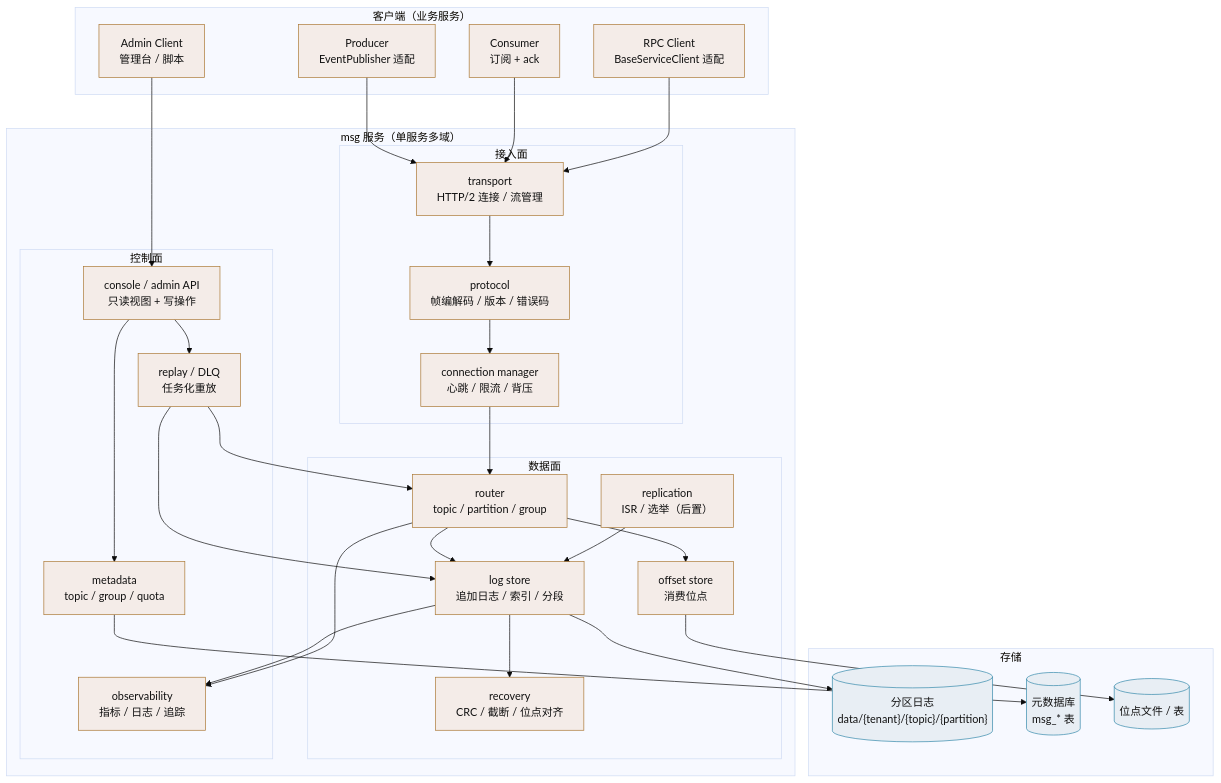
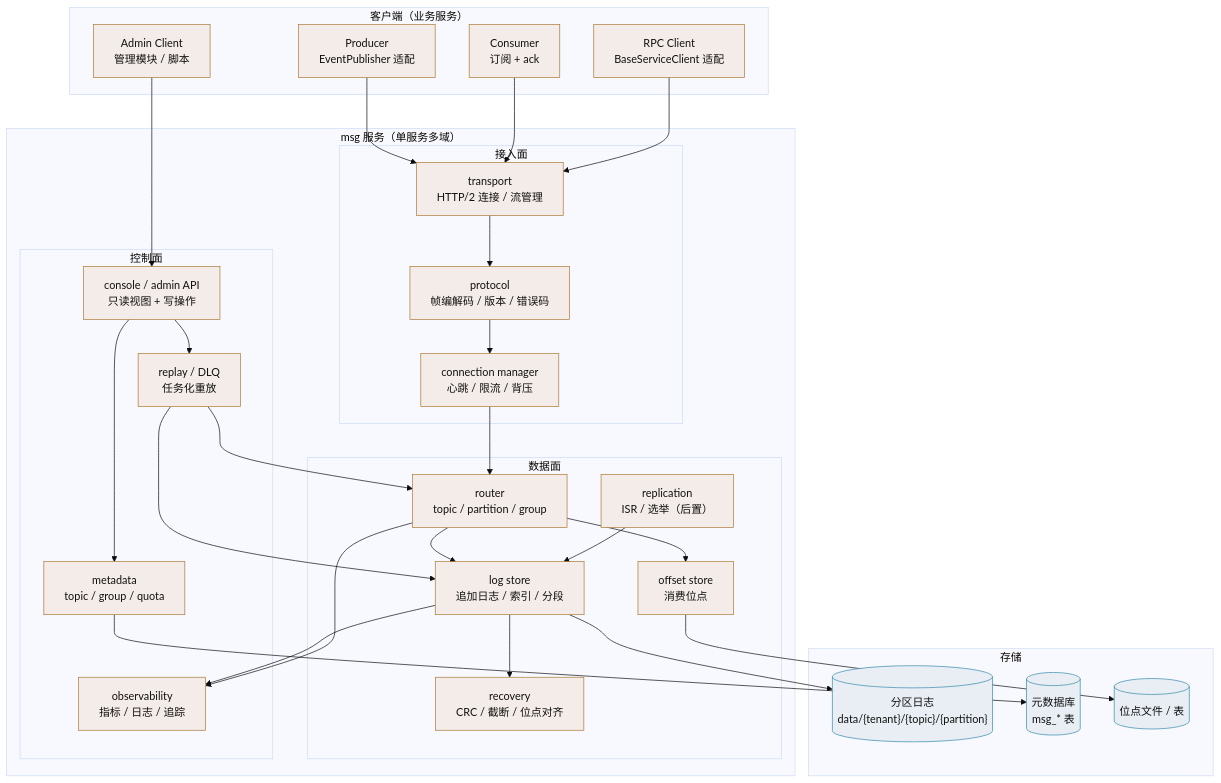
The first of 5 diagrams in msg文档/设计/架构设计/03_架构设计_总体架构.md (minjian123/message-platform), drawn with Mermaid (base theme) before and after one commit. The commit also changed other lines of this file and 54 other files, not shown here.

````diff
--- a/msg文档/设计/架构设计/03_架构设计_总体架构.md
+++ b/msg文档/设计/架构设计/03_架构设计_总体架构.md
@@ -11,56 +11,56 @@
 ```mermaid
 flowchart TB
     subgraph Client["客户端（业务服务）"]
         P["Producer<br/>EventPublisher 适配"]
         C["Consumer<br/>订阅 + ack"]
         R["RPC Client<br/>BaseServiceClient 适配"]
-        A["Admin Client<br/>管理台 / 脚本"]
+        A["Admin Client<br/>管理模块 / 脚本"]
     end
 
     subgraph Msg["msg 服务（单服务多域）"]
         subgraph AP["接入面"]
             T["transport<br/>HTTP/2 连接 / 流管理"]
             PR["protocol<br/>帧编解码 / 版本 / 错误码"]
             CM["connection manager<br/>心跳 / 限流 / 背压"]
         end
         subgraph DP["数据面"]
             RT["router<br/>topic / partition / group"]
             LG["log store<br/>追加日志 / 索引 / 分段"]
             RC["recovery<br/>CRC / 截断 / 位点对齐"]
             RP["replication<br/>ISR / 选举（后置）"]
             OF["offset store<br/>消费位点"]
         end
         subgraph CP["控制面"]
             MD["metadata<br/>topic / group / quota"]
             MG["console / admin API<br/>只读视图 + 写操作"]
             OB["observability<br/>指标 / 日志 / 追踪"]
             RPL["replay / DLQ<br/>任务化重放"]
         end
     end
 
     subgraph Storage["存储"]
         LOG[("分区日志<br/>data/{tenant}/{topic}/{partition}")]
         META[("元数据库<br/>msg_* 表")]
         OFF[("位点文件 / 表")]
     end
 
     P --> T
     C --> T
     R --> T
     A --> MG
     T --> PR --> CM --> RT
     RT --> LG --> LOG
     RT --> OF --> OFF
     LG --> RC
     RP --> LG
     MD --> META
     MG --> MD
     MG --> RPL --> RT
     LG --> OB
     RT --> OB
     RPL --> LG
     classDef c fill:#f4ece8,stroke:#a73,color:#111
     classDef s fill:#e8eef4,stroke:#38a,color:#111
     class P,C,R,A,T,PR,CM,RT,LG,RC,RP,OF,MD,MG,OB,RPL c
     class LOG,META,OFF s
 ```
````
